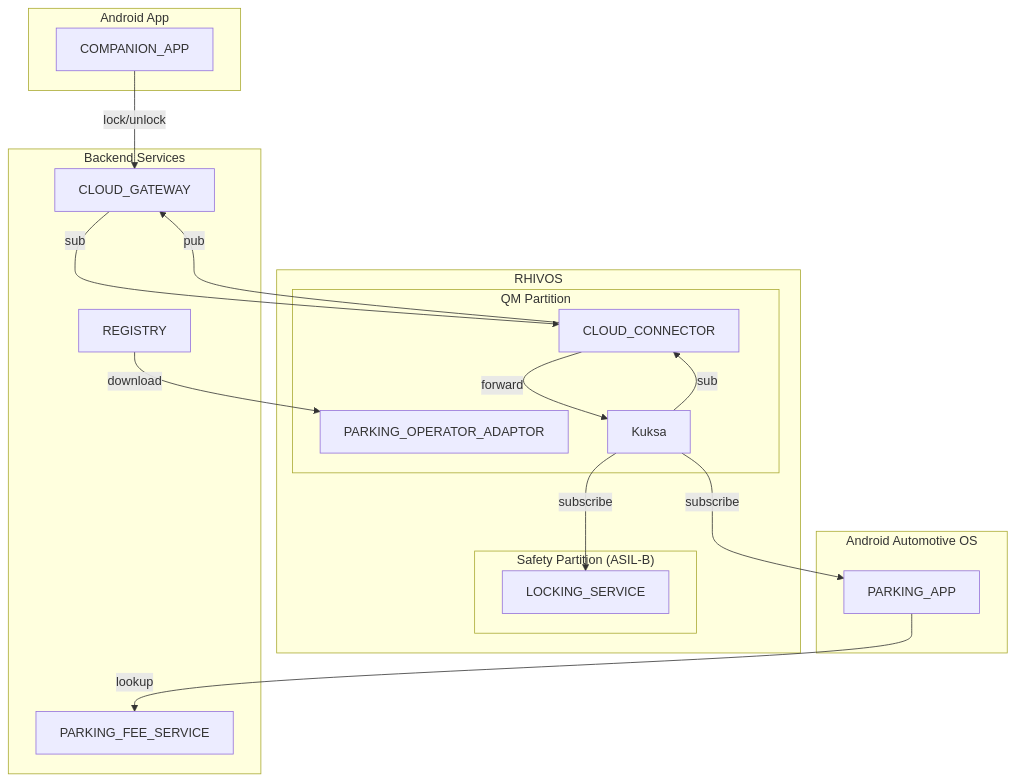
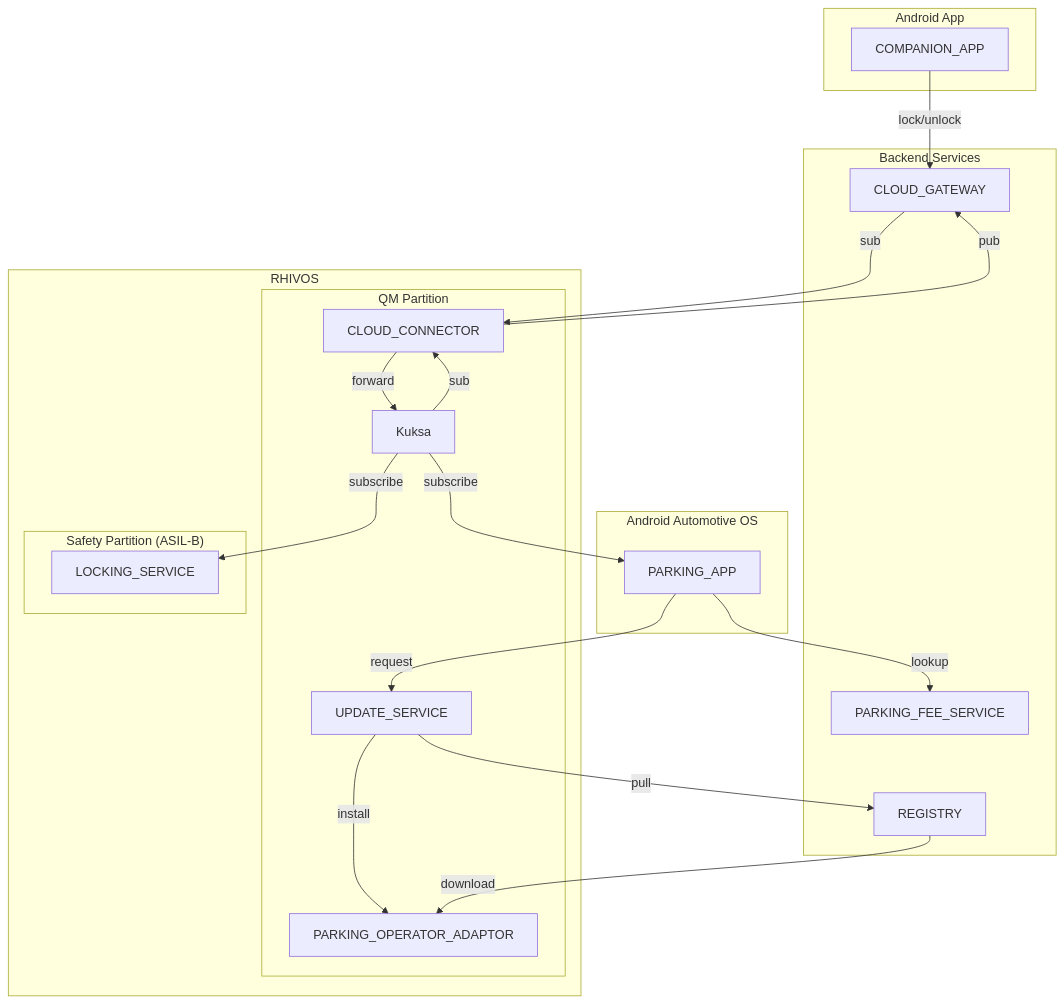
Before and after one commit to rhadp/parking-fee-service: the diagram in prd.md, drawn with Mermaid.

Commit message:
initial prd.md

````diff
--- a/prd.md
+++ b/prd.md
@@ -91,41 +91,46 @@
 ```mermaid
 flowchart TD
 subgraph AAOS["Android Automotive OS"]
 	ParkingApp["PARKING_APP"]
 end
 
 subgraph Android["Android App"]
 	CompanionApp["COMPANION_APP"]
 end
 
 subgraph RHIVOS["RHIVOS"]
 	subgraph QM["QM Partition"]
 		Adaptor["PARKING_OPERATOR_ADAPTOR"]
     CloudConnector["CLOUD_CONNECTOR"]
+    FOD["UPDATE_SERVICE"]
     DataBroker["Kuksa"]
 	end
 	
 	subgraph Safety["Safety Partition (ASIL-B)"]
 		LockingService["LOCKING_SERVICE"]
 	end
 end
 
 subgraph Cloud["Backend Services"]
   ParkingFeeService["PARKING_FEE_SERVICE"]
   Registry["REGISTRY"]
   CloudGateway["CLOUD_GATEWAY"]
 end
 
 CompanionApp --> |lock/unlock| CloudGateway
 
 CloudConnector --> |pub| CloudGateway --> |sub| CloudConnector
 CloudConnector --> |forward| DataBroker --> |sub| CloudConnector
 
 DataBroker --> |subscribe| LockingService
 DataBroker --> |subscribe| ParkingApp
 
 ParkingApp --> |lookup| ParkingFeeService
+ParkingApp --> |request| FOD
+
+FOD --> |pull| Registry
+FOD --> |install| Adaptor
 
 Registry --> |download| Adaptor
 
 ```
````
